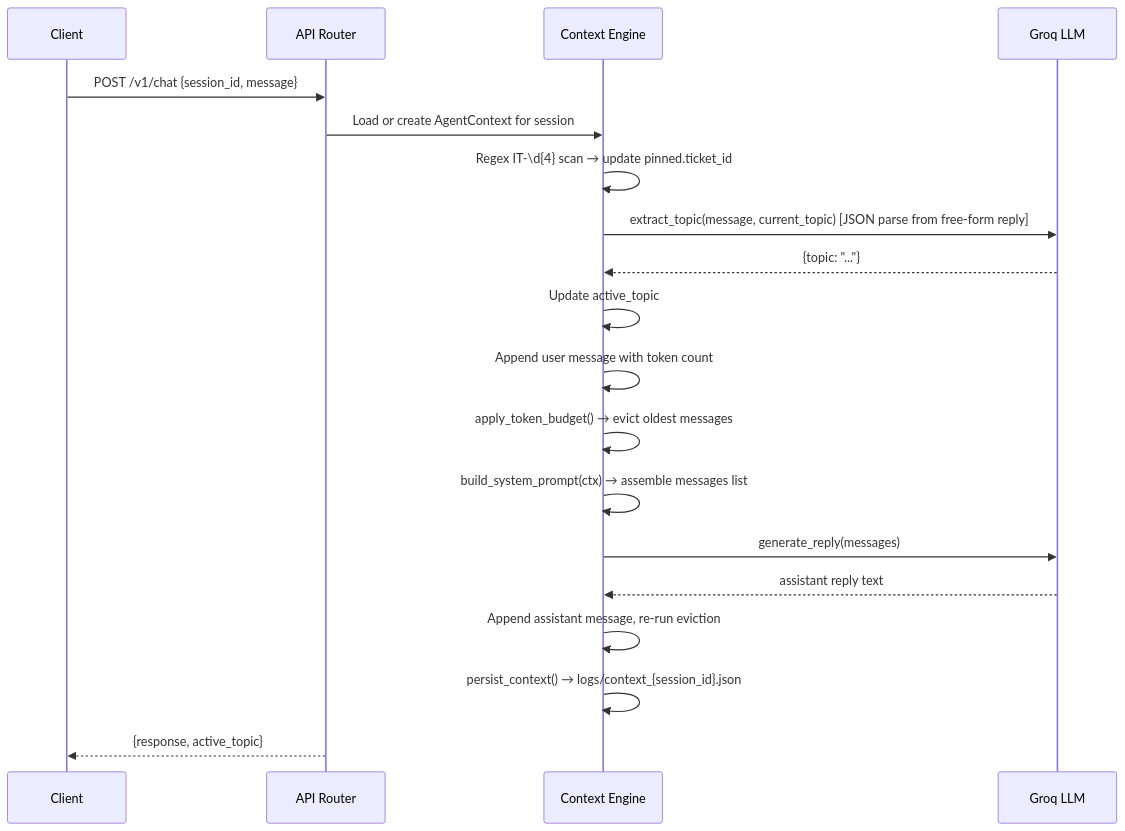
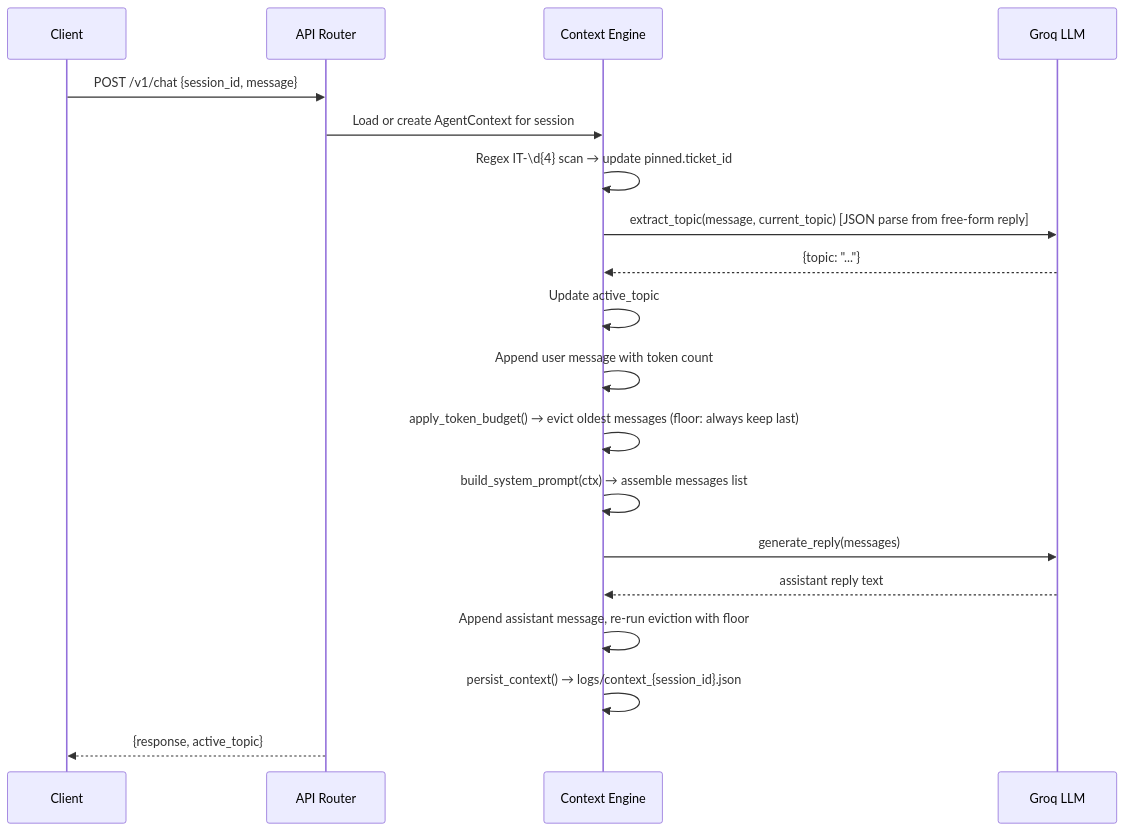
Before and after one commit to Rushikesh-5706/Context-Aware-IT-Helpdesk-Agent-with-Token-Budgets-and-Pinned-Memory: the diagram in README.md, drawn with Mermaid. The commit also changed other lines of this file, not shown here.

Commit message:
docs: full README rewrite — eviction floor, session restore, Docker Hub commands, eval table, test file table, json_object limitation

````diff
--- a/README.md
+++ b/README.md
@@ -9,22 +11,22 @@
 ```mermaid
 sequenceDiagram
     participant C as Client
     participant R as API Router
     participant CE as Context Engine
     participant LLM as Groq LLM
 
     C->>R: POST /v1/chat {session_id, message}
     R->>CE: Load or create AgentContext for session
     CE->>CE: Regex IT-\d{4} scan → update pinned.ticket_id
     CE->>LLM: extract_topic(message, current_topic) [JSON parse from free-form reply]
     LLM-->>CE: {topic: "..."}
     CE->>CE: Update active_topic
     CE->>CE: Append user message with token count
-    CE->>CE: apply_token_budget() → evict oldest messages
+    CE->>CE: apply_token_budget() → evict oldest messages (floor: always keep last)
     CE->>CE: build_system_prompt(ctx) → assemble messages list
     CE->>LLM: generate_reply(messages)
     LLM-->>CE: assistant reply text
-    CE->>CE: Append assistant message, re-run eviction
+    CE->>CE: Append assistant message, re-run eviction with floor
     CE->>CE: persist_context() → logs/context_{session_id}.json
     R-->>C: {response, active_topic}
 ```
````
